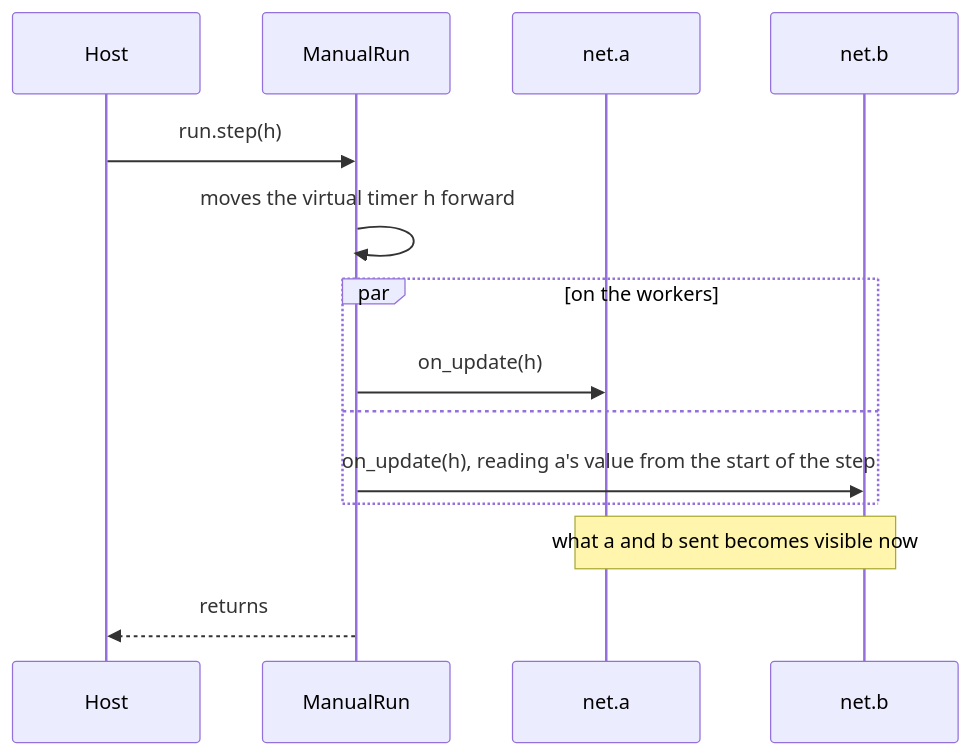
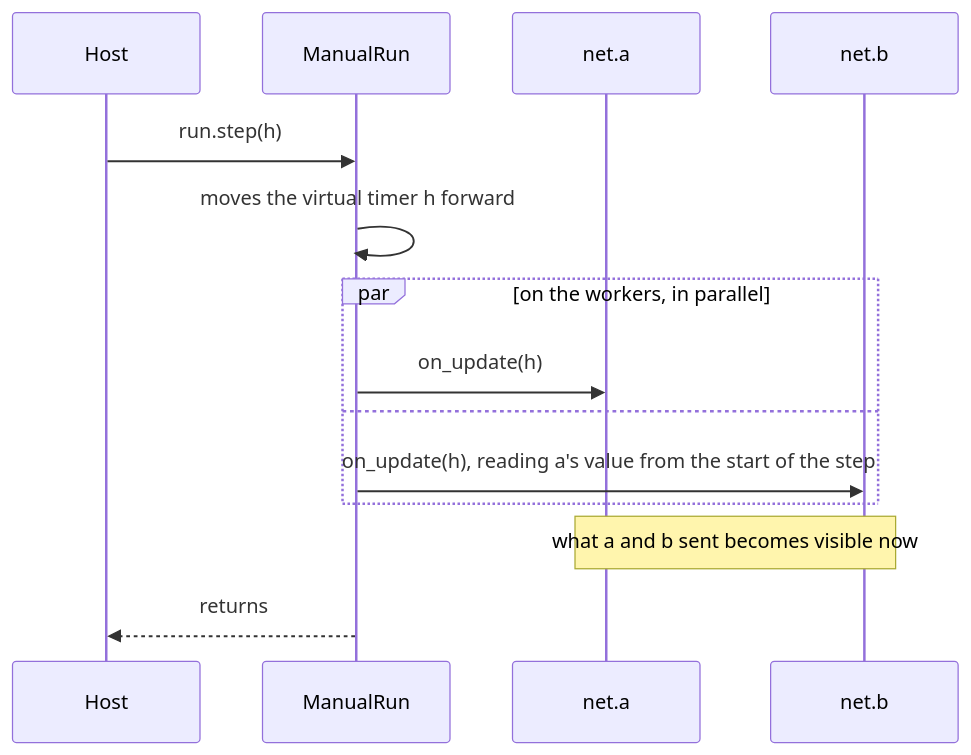
One commit to Geson-anko/mujou changed the third of 4 diagrams in docs/en/topics/simulation.md. Above: the diagram before and after it, drawn with Mermaid. The commit also changed other lines of this file and 41 other files, not shown here.

First line of the commit message:
docs: restructure the guides around diagrams and tables

````diff
--- a/docs/en/topics/simulation.md
+++ b/docs/en/topics/simulation.md
@@ -67,16 +92,16 @@
     ```mermaid
     sequenceDiagram
         participant H as Host
         participant R as ManualRun
         participant A as net.a
         participant B as net.b
         H->>R: run.step(h)
         R->>R: moves the virtual timer h forward
-        par on the workers
+        par on the workers, in parallel
             R->>A: on_update(h)
         and
             R->>B: on_update(h), reading a's value from the start of the step
         end
         Note over A,B: what a and b sent becomes visible now
         R-->>H: returns
     ```
````
